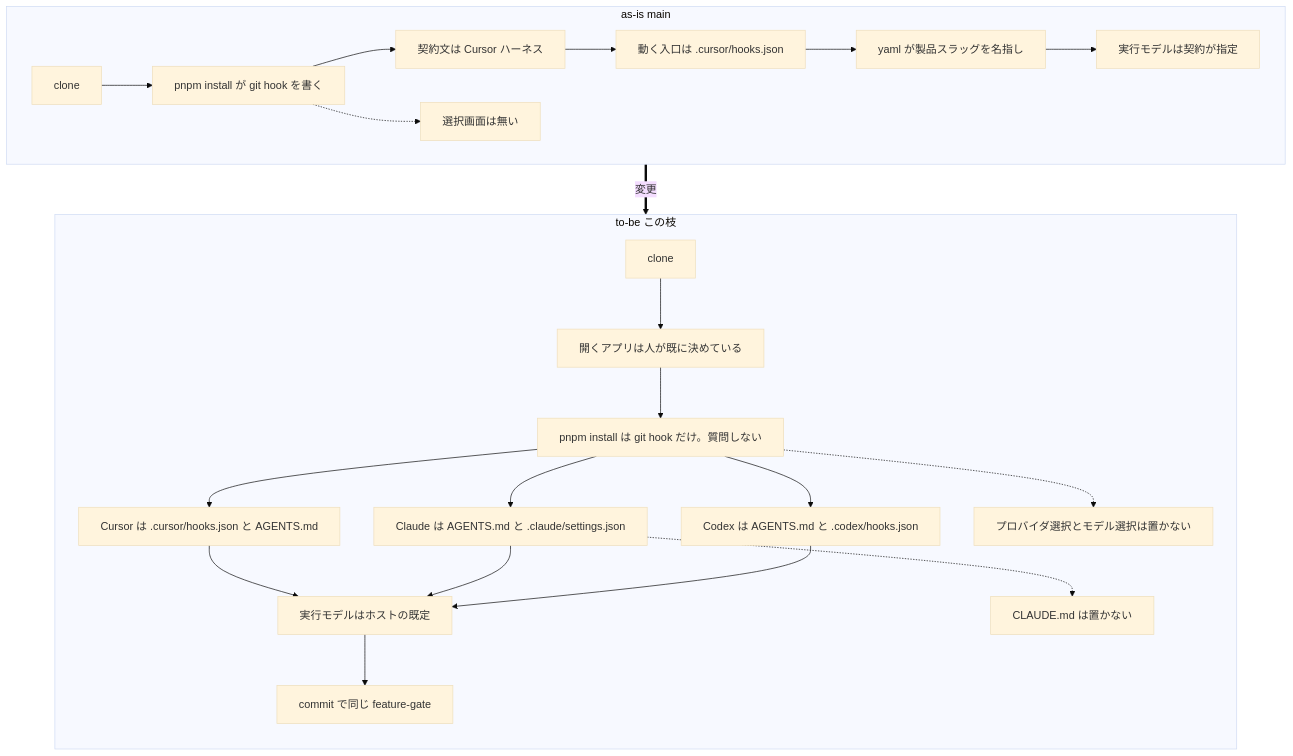
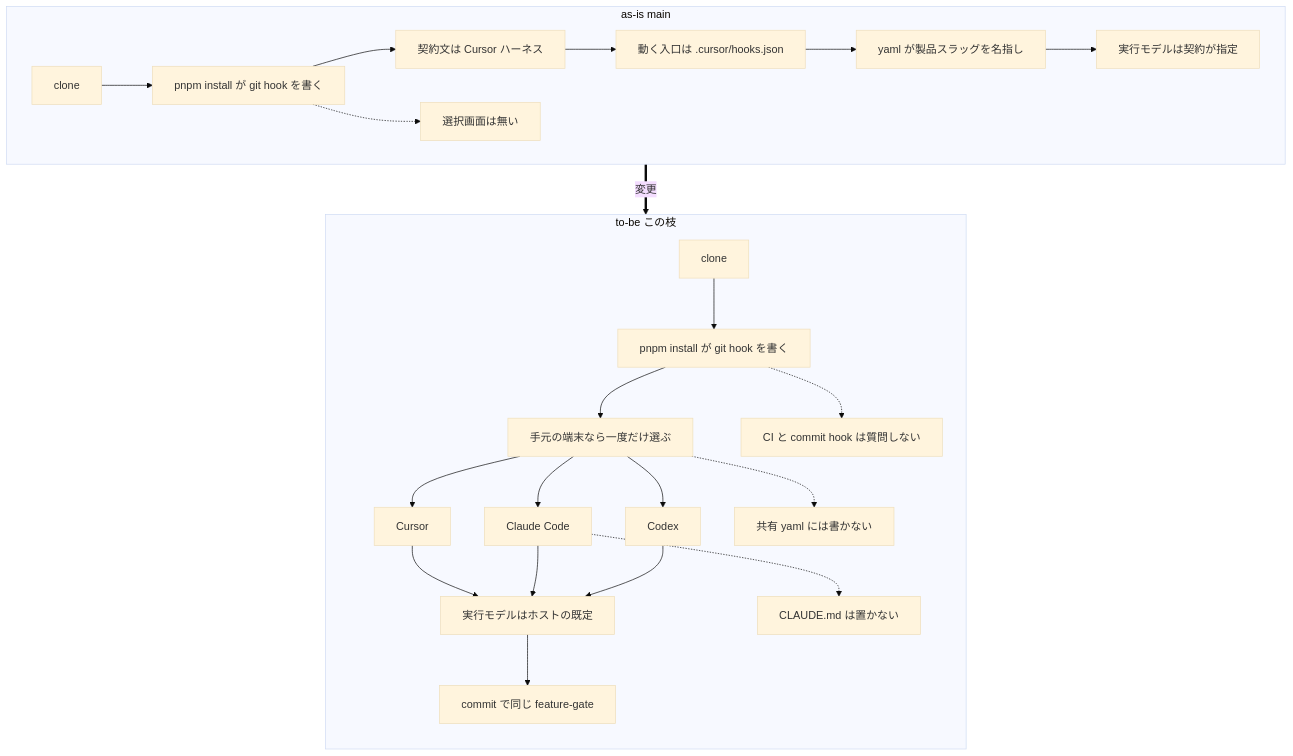
The diagram in docs/architecture/host-entry-as-is-to-be.mmd (marumo333/SuiteLLM), drawn with Mermaid (base theme) before and after one commit. The commit also changed 12 other files, not shown here.

```diff
--- a/docs/architecture/host-entry-as-is-to-be.mmd
+++ b/docs/architecture/host-entry-as-is-to-be.mmd
@@ -1,28 +1,29 @@
 %%{init: {"flowchart": {"wrappingWidth": 420, "padding": 16}}}%%
 flowchart TB
   subgraph asis["as-is main"]
     direction LR
     A0["clone"] --> A1["pnpm install が git hook を書く"]
     A1 --> A2["契約文は Cursor ハーネス"]
     A2 --> A3["動く入口は .cursor/hooks.json"]
     A3 --> A4["yaml が製品スラッグを名指し"]
     A4 --> A5["実行モデルは契約が指定"]
     A1 -.-> A6["選択画面は無い"]
   end
 
   A5 ==>|変更| B0
 
   subgraph tobe["to-be この枝"]
     direction TB
-    B0["clone"] --> B1["開くアプリは人が既に決めている"]
-    B1 --> B2["pnpm install は git hook だけ。質問しない"]
-    B2 --> CU["Cursor は .cursor/hooks.json と AGENTS.md"]
-    B2 --> CL["Claude は AGENTS.md と .claude/settings.json"]
-    B2 --> CX["Codex は AGENTS.md と .codex/hooks.json"]
+    B0["clone"] --> B1["pnpm install が git hook を書く"]
+    B1 --> B2["手元の端末なら一度だけ選ぶ"]
+    B2 --> CU["Cursor"]
+    B2 --> CL["Claude Code"]
+    B2 --> CX["Codex"]
     CU --> BM["実行モデルはホストの既定"]
     CL --> BM
     CX --> BM
     BM --> BG["commit で同じ feature-gate"]
-    B2 -.-> NO["プロバイダ選択とモデル選択は置かない"]
+    B1 -.-> NQ["CI と commit hook は質問しない"]
+    B2 -.-> NY["共有 yaml には書かない"]
     CL -.-> MD["CLAUDE.md は置かない"]
   end
```
